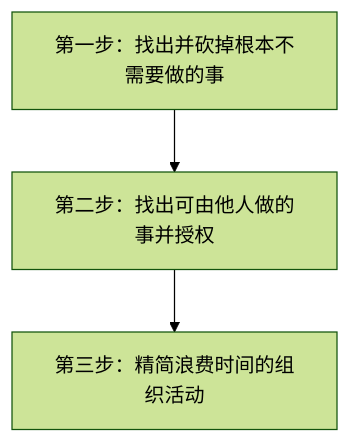
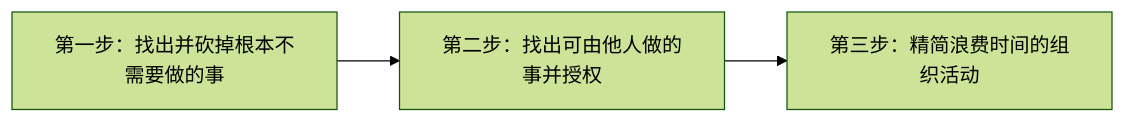
Before and after one commit to peterlau123/peterlau123.github.io: the third of 4 diagrams in _posts/growth/2026-10-06-effective-executive.md, drawn with Mermaid (forest theme). The commit also changed other lines of this file, not shown here.

````diff
--- a/_posts/growth/2026-10-06-effective-executive.md
+++ b/_posts/growth/2026-10-06-effective-executive.md
@@ -180,5 +182,5 @@
 ```mermaid
-flowchart TD
+flowchart LR
   S1["第一步：找出并砍掉根本不需要做的事"] --> S2["第二步：找出可由他人做的事并授权"]
   S2 --> S3["第三步：精简浪费时间的组织活动"]
 ```
````
